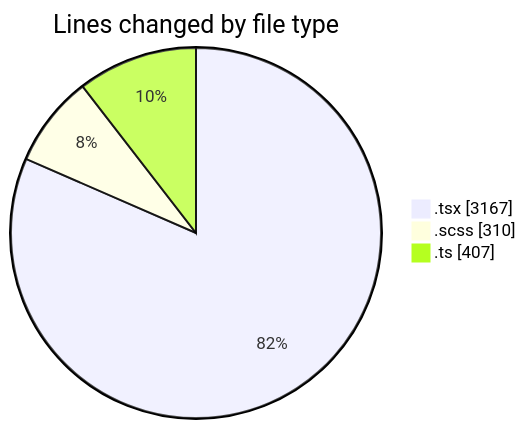
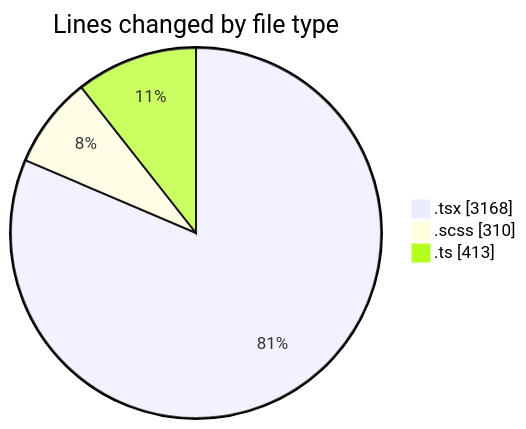
The first of 2 diagrams in 2026-05-01/cda/README.md (momahboobian/code-tracking), drawn with Mermaid before and after one commit. The commit also changed other lines of this file and 1 other file, not shown here.

````diff
--- a/2026-05-01/cda/README.md
+++ b/2026-05-01/cda/README.md
@@ -62,7 +62,7 @@
 ```mermaid
 pie showData
 title Lines changed by file type
-".tsx" : 3167
+".tsx" : 3168
 ".scss" : 310
-".ts" : 407
+".ts" : 413
 ```
````
